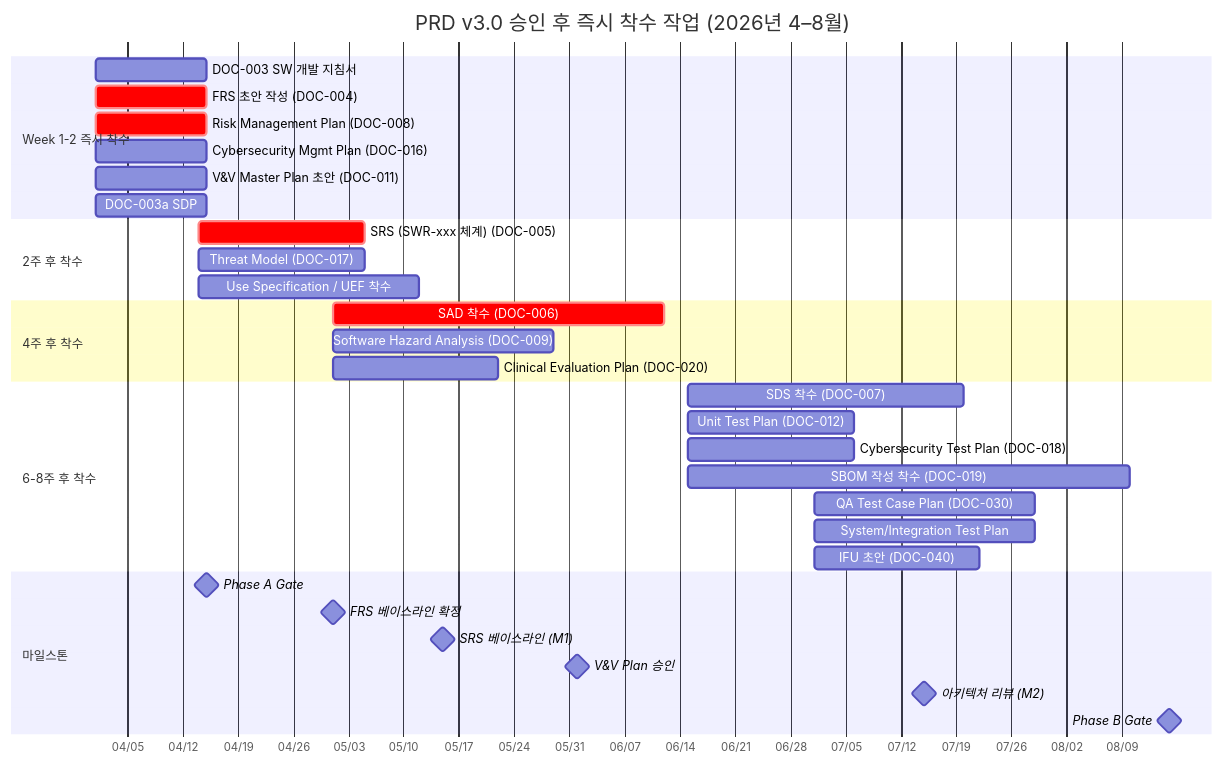
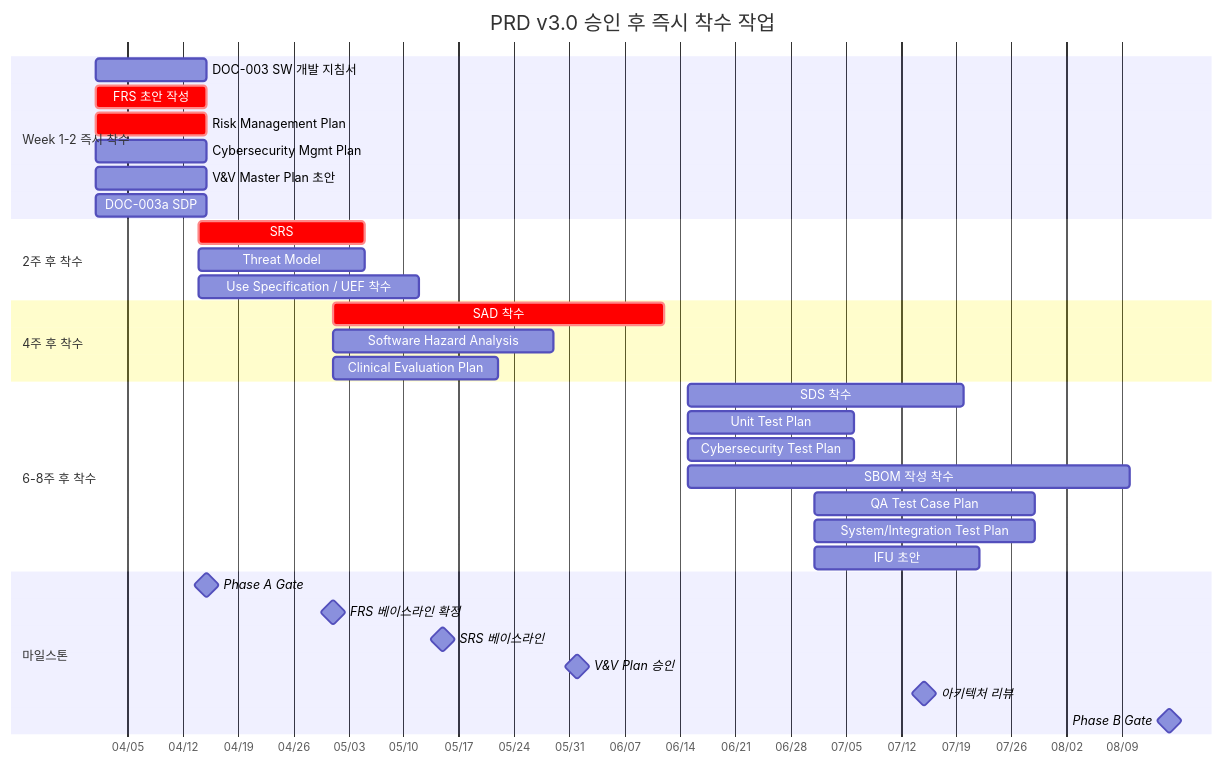
The fifth of 9 diagrams in docs/management/DMP-001_DMP_v1.0.md (holee9/console-gui), drawn with Mermaid before and after one commit. The commit also changed other lines of this file and 10 other files, not shown here.

First line of the commit message:
fix: Gantt 차트 전면 수정 + 버전 불일치 해소

````diff
--- a/docs/management/DMP-001_DMP_v1.0.md
+++ b/docs/management/DMP-001_DMP_v1.0.md
@@ -661,41 +662,42 @@
 ```mermaid
 gantt
-    title PRD v3.0 승인 후 즉시 착수 작업 (2026년 4–8월)
+    title PRD v3.0 승인 후 즉시 착수 작업
     dateFormat  YYYY-MM-DD
     axisFormat  %m/%d
 
     section Week 1-2 즉시 착수
     DOC-003 SW 개발 지침서             :a1, 2026-04-01, 2w
-    FRS 초안 작성 (DOC-004)            :crit, n1, 2026-04-01, 2w
-    Risk Management Plan (DOC-008)     :crit, n2, 2026-04-01, 2w
-    Cybersecurity Mgmt Plan (DOC-016)  :n3, 2026-04-01, 2w
-    V&V Master Plan 초안 (DOC-011)     :n4, 2026-04-01, 2w
+    FRS 초안 작성            :crit, n1, 2026-04-01, 2w
+    Risk Management Plan     :crit, n2, 2026-04-01, 2w
+    Cybersecurity Mgmt Plan  :n3, 2026-04-01, 2w
+    V&V Master Plan 초안     :n4, 2026-04-01, 2w
     DOC-003a SDP                       :a2, 2026-04-01, 2w
 
     section 2주 후 착수
-    SRS (SWR-xxx 체계) (DOC-005)       :crit, n5, 2026-04-14, 3w
-    Threat Model (DOC-017)             :n6, 2026-04-14, 3w
+    SRS       :crit, n5, 2026-04-14, 3w
+    Threat Model             :n6, 2026-04-14, 3w
     Use Specification / UEF 착수       :n7, 2026-04-14, 4w
 
     section 4주 후 착수
-    SAD 착수 (DOC-006)                 :crit, n8, 2026-05-01, 6w
-    Software Hazard Analysis (DOC-009) :n9, 2026-05-01, 4w
-    Clinical Evaluation Plan (DOC-020) :n10, 2026-05-01, 3w
+    SAD 착수                 :crit, n8, 2026-05-01, 6w
+    Software Hazard Analysis :n9, 2026-05-01, 4w
+    Clinical Evaluation Plan :n10, 2026-05-01, 3w
 
     section 6-8주 후 착수
-    SDS 착수 (DOC-007)                 :n11, 2026-06-15, 5w
-    Unit Test Plan (DOC-012)           :n12, 2026-06-15, 3w
-    Cybersecurity Test Plan (DOC-018)  :n13, 2026-06-15, 3w
-    SBOM 작성 착수 (DOC-019)           :n14, 2026-06-15, 8w
-    QA Test Case Plan (DOC-030)        :n15, 2026-07-01, 4w
+    SDS 착수                 :n11, 2026-06-15, 5w
+    Unit Test Plan           :n12, 2026-06-15, 3w
+    Cybersecurity Test Plan  :n13, 2026-06-15, 3w
+    SBOM 작성 착수           :n14, 2026-06-15, 8w
+    QA Test Case Plan        :n15, 2026-07-01, 4w
     System/Integration Test Plan       :n16, 2026-07-01, 4w
-    IFU 초안 (DOC-040)                 :n17, 2026-07-01, 3w
+    IFU 초안                 :n17, 2026-07-01, 3w
 
     section 마일스톤
     Phase A Gate                       :milestone, mga, 2026-04-15, 0d
     FRS 베이스라인 확정                :milestone, m1, 2026-05-01, 0d
-    SRS 베이스라인 (M1)                :milestone, m2, 2026-05-15, 0d
+    SRS 베이스라인                :milestone, m2, 2026-05-15, 0d
     V&V Plan 승인                      :milestone, m3, 2026-06-01, 0d
-    아키텍처 리뷰 (M2)                 :milestone, m4, 2026-07-15, 0d
+    아키텍처 리뷰                 :milestone, m4, 2026-07-15, 0d
     Phase B Gate                       :milestone, mgb, 2026-08-15, 0d
+
 ```
````
